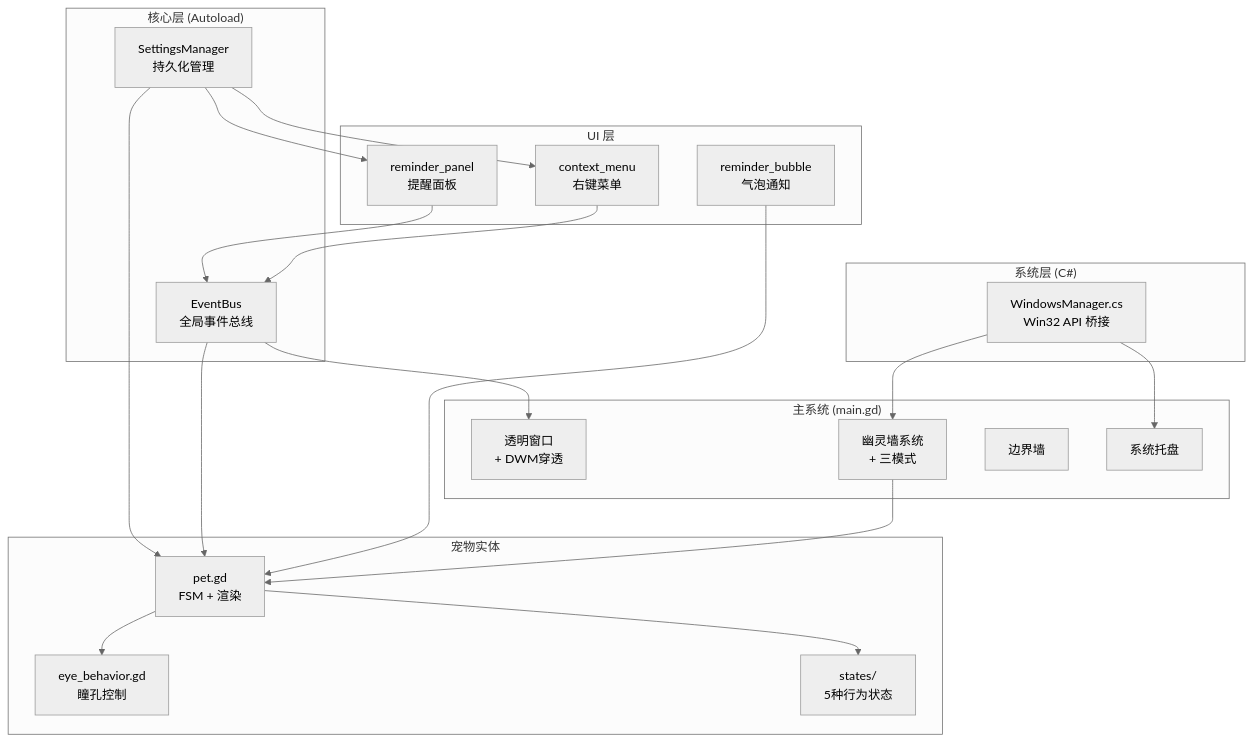
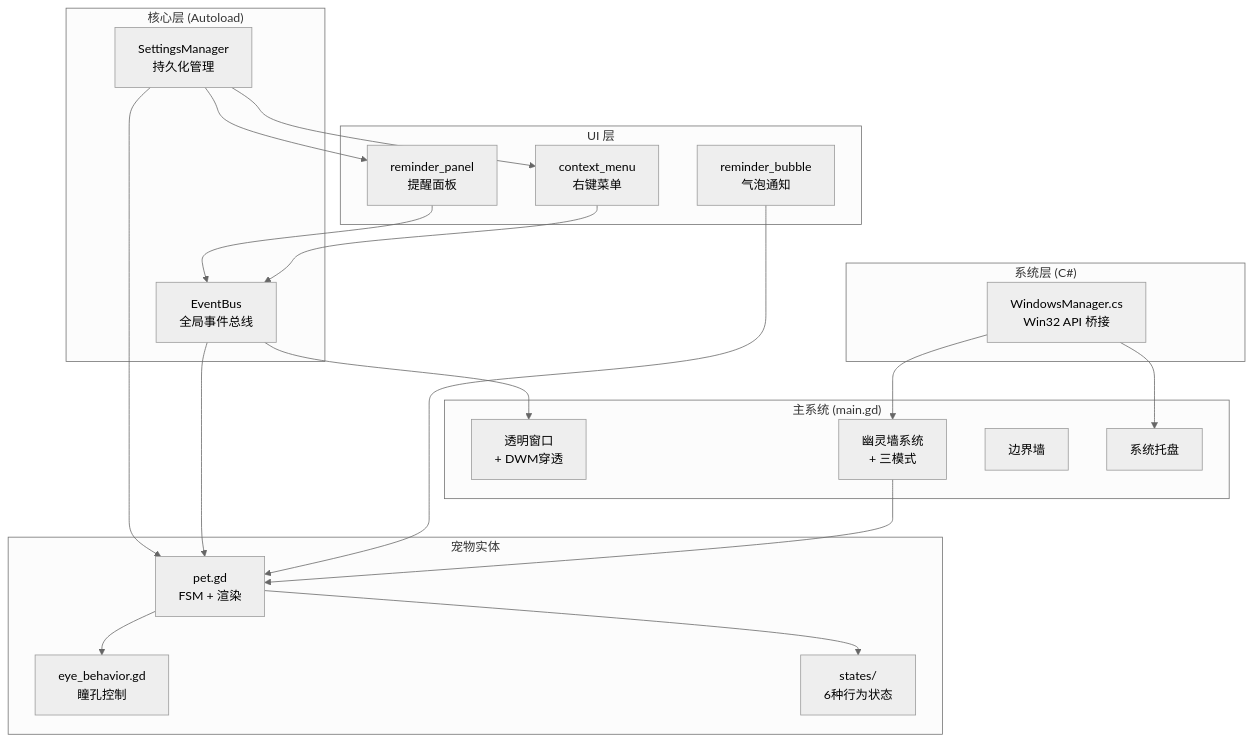
Before and after one commit to NightMin2002/GodotDesktopPet: the first of 3 diagrams in docs/01_项目架构.md, drawn with Mermaid (neutral theme). The commit also changed other lines of this file and 11 other files, not shown here.

````diff
--- a/docs/01_项目架构.md
+++ b/docs/01_项目架构.md
@@ -149,44 +150,44 @@
 ```mermaid
 graph TD
     subgraph "系统层 (C#)"
         WM["WindowsManager.cs<br/>Win32 API 桥接"]
     end
 
     subgraph "核心层 (Autoload)"
         EB["EventBus<br/>全局事件总线"]
         SM["SettingsManager<br/>持久化管理"]
     end
 
     subgraph "主系统 (main.gd)"
         WIN["透明窗口<br/>+ DWM穿透"]
         GW["幽灵墙系统<br/>+ 三模式"]
         BND["边界墙"]
         TRAY["系统托盘"]
     end
 
     subgraph "宠物实体"
         PET["pet.gd<br/>FSM + 渲染"]
         EYE["eye_behavior.gd<br/>瞳孔控制"]
-        ST["states/<br/>5种行为状态"]
+        ST["states/<br/>6种行为状态"]
     end
 
     subgraph "UI 层"
         CTX["context_menu<br/>右键菜单"]
         RMP["reminder_panel<br/>提醒面板"]
         RMB["reminder_bubble<br/>气泡通知"]
     end
 
     WM --> GW
     WM --> TRAY
     GW --> PET
     PET --> EYE
     PET --> ST
     CTX --> EB
     RMP --> EB
     RMB --> PET
     EB --> PET
     EB --> WIN
     SM --> CTX
     SM --> PET
     SM --> RMP
 ```
````
